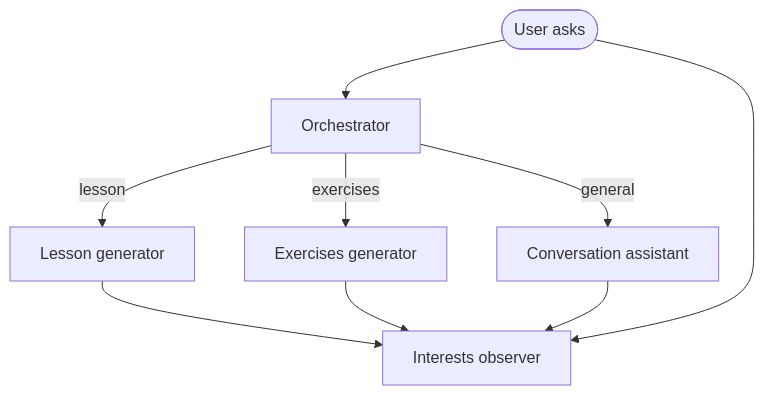
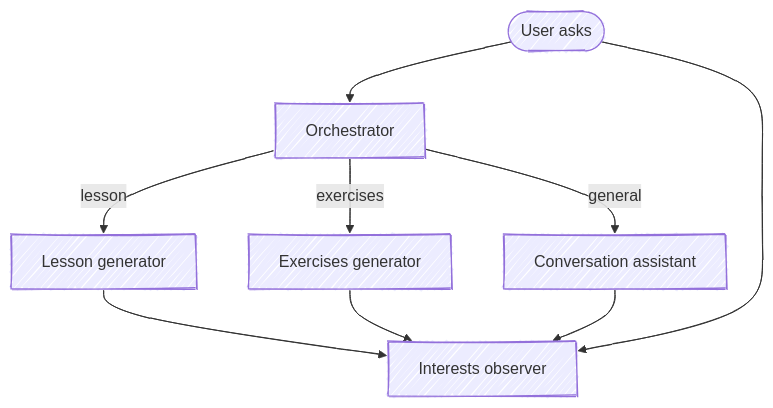
One commit to patopitaluga/gio-system changed the diagram in README.md. Above: the diagram before and after it, drawn with Mermaid.

Commit message:
Chaged mermaid diagram

````diff
--- a/README.md
+++ b/README.md
@@ -186,18 +186,22 @@
 ```mermaid
+---
+config:
+  look: handDrawn
+---
 flowchart TD
   User([User asks])
   Orch[Orchestrator]
   Lesson[Lesson generator]
   Exercises[Exercises generator]
   Conversation[Conversation assistant]
   Interests[Interests observer]
 
   User --> Orch
   Orch -->|lesson| Lesson
   Orch -->|exercises| Exercises
   Orch -->|general| Conversation
   Lesson --> Interests
   Exercises --> Interests
   Conversation --> Interests
   User --> Interests
 ```
````
